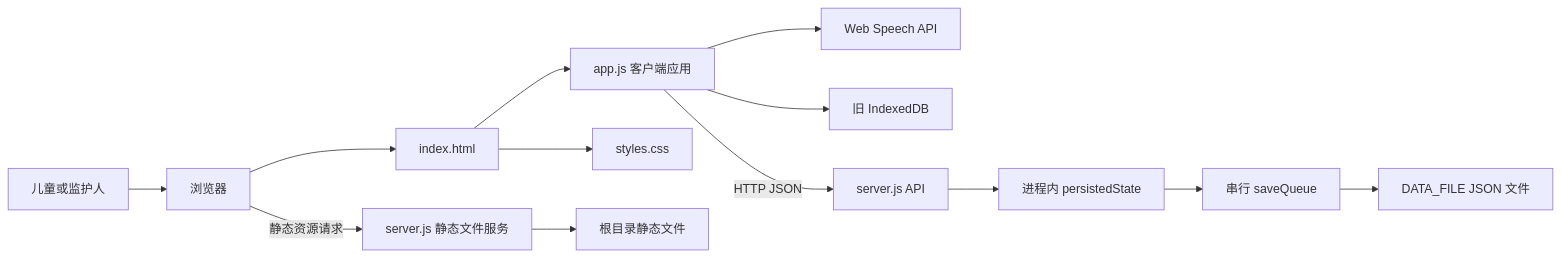
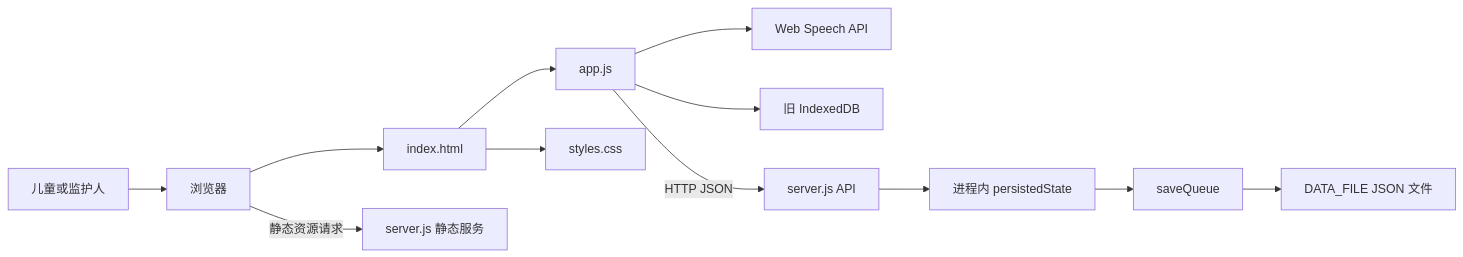
The first of 2 diagrams in docs/codinghub/architecture.md (guccang/yuanbao), drawn with Mermaid before and after one commit. The commit also changed other lines of this file and 3 other files, not shown here.

Commit message:
codinghub(run_ce46aa55-a059-4023-a26f-5c6cb23986c4): 已仅更新 docs/codinghub/overview.md、architecture.md、flows.md、development.md：基于当前仓库真实的源码与配置补全项目概览、模块边界与数据结构、运行链路和开发维护说明，文档均为无 BOM 的 UTF-8，并包含标准 Mermaid 图及相互链接；已修正无法由仓库证实的旧引用。语法检查未执行，因为当前环境未安装 node。

````diff
--- a/docs/codinghub/architecture.md
+++ b/docs/codinghub/architecture.md
@@ -7,15 +7,14 @@
 ```mermaid
 flowchart LR
     User[儿童或监护人] --> Browser[浏览器]
     Browser --> HTML[index.html]
-    HTML --> UI[app.js 客户端应用]
+    HTML --> Client[app.js]
     HTML --> CSS[styles.css]
-    UI --> Speech[Web Speech API]
-    UI --> Legacy[旧 IndexedDB]
-    UI -->|HTTP JSON| API[server.js API]
-    Browser -->|静态资源请求| Static[server.js 静态文件服务]
-    Static --> Files[根目录静态文件]
+    Client --> Speech[Web Speech API]
+    Client --> Legacy[旧 IndexedDB]
+    Client -->|HTTP JSON| API[server.js API]
+    Browser -->|静态资源请求| Static[server.js 静态服务]
     API --> Memory[进程内 persistedState]
-    Memory --> Queue[串行 saveQueue]
-    Queue --> JSON[DATA_FILE JSON 文件]
+    Memory --> Queue[saveQueue]
+    Queue --> File[DATA_FILE JSON 文件]
 ```
````
